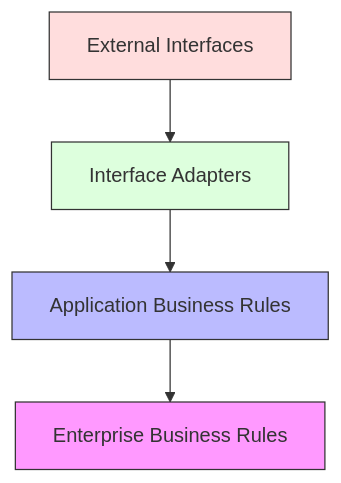
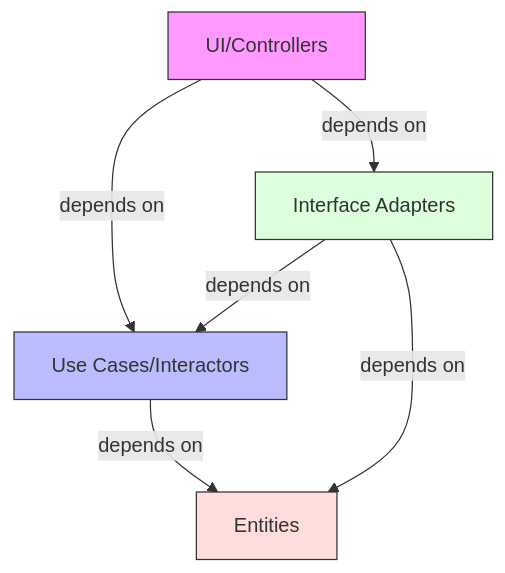
The diagram in docs/fundamentals/software-architecture/clean-architecture/implementation/dependency-management.md (gonzaloan/crack-your-interview), drawn with Mermaid before and after one commit. The commit also changed other lines of this file and 43 other files, not shown here.

````diff
--- a/docs/fundamentals/software-architecture/clean-architecture/implementation/dependency-management.md
+++ b/docs/fundamentals/software-architecture/clean-architecture/implementation/dependency-management.md
@@ -22,10 +32,13 @@
 ```mermaid
 graph TD
-    A[External Interfaces] --> B[Interface Adapters]
-    B --> C[Application Business Rules]
-    C --> D[Enterprise Business Rules]
-    style D fill:#f9f,stroke:#333
-    style C fill:#bbf,stroke:#333
-    style B fill:#dfd,stroke:#333
-    style A fill:#fdd,stroke:#333
+    A[UI/Controllers] -->|depends on| B[Use Cases/Interactors]
+    A -->|depends on| C[Interface Adapters]
+    B -->|depends on| D[Entities]
+    C -->|depends on| B
+    C -->|depends on| D
+    
+    style A fill:#f9f,stroke:#333
+    style B fill:#bbf,stroke:#333
+    style C fill:#dfd,stroke:#333
+    style D fill:#fdd,stroke:#333
 ```
````
